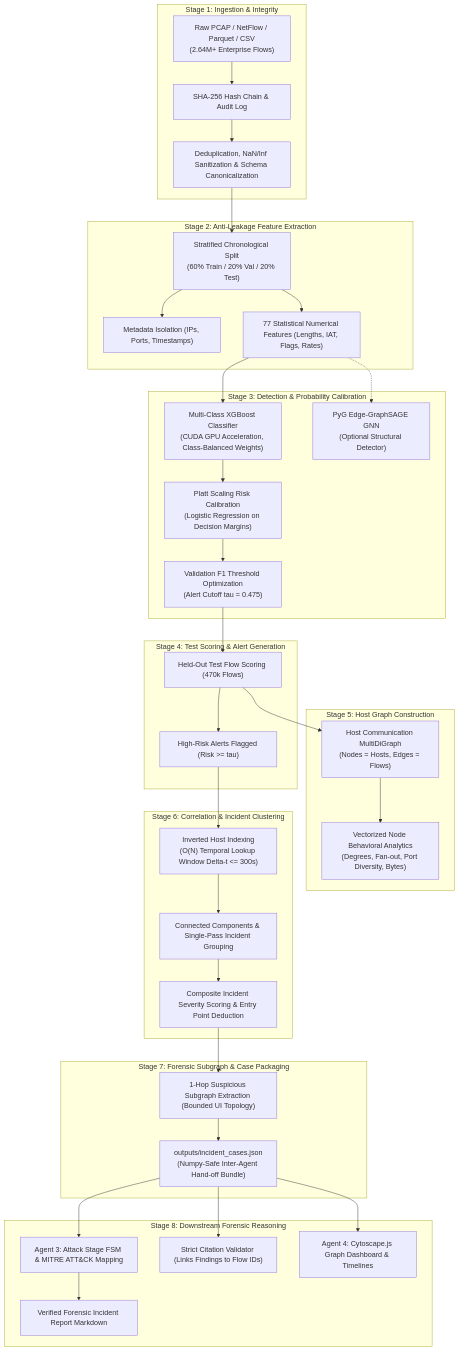
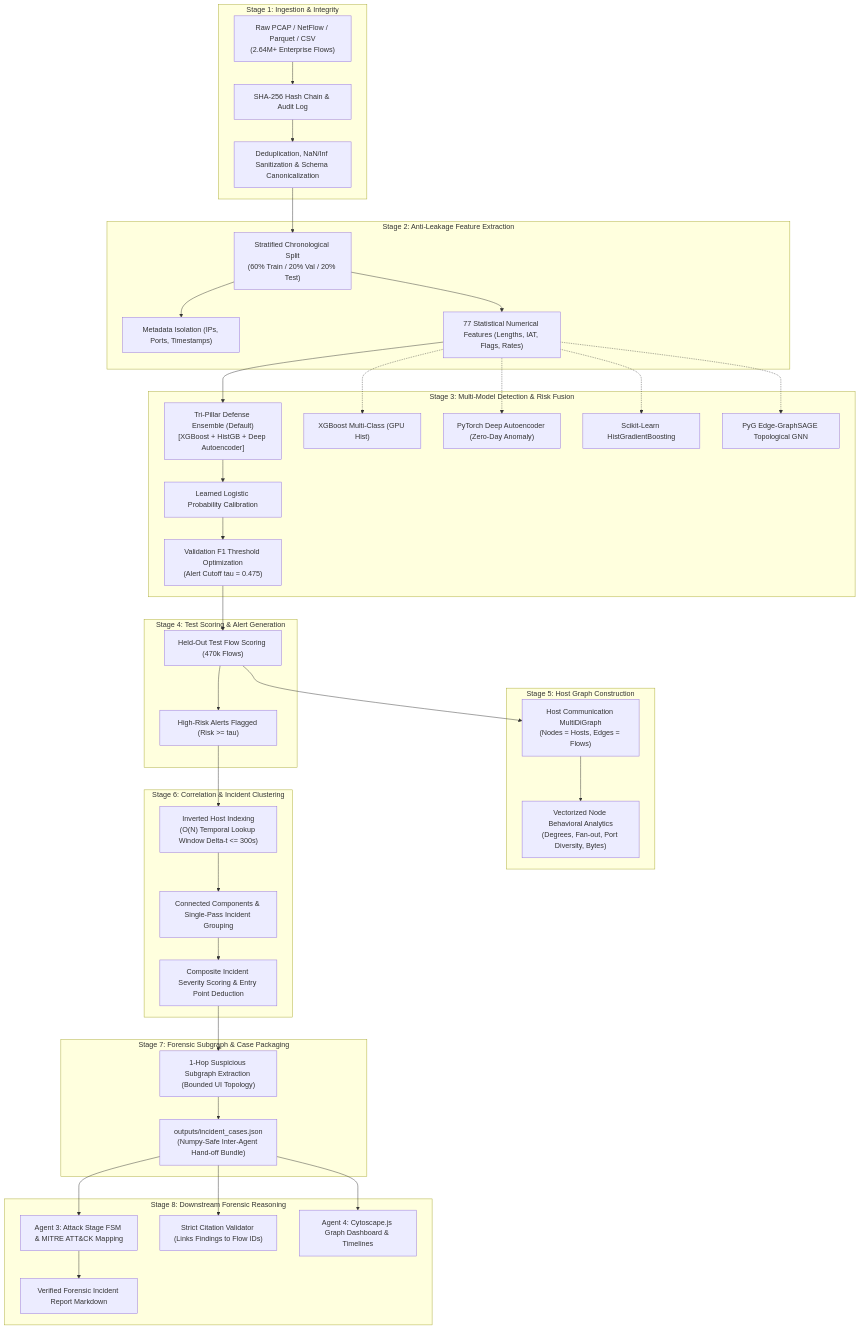
Before and after one commit to Sahityasahani1/Evigraph: the first of 2 diagrams in FLOW.md, drawn with Mermaid. The commit also changed other lines of this file and 13 other files, not shown here.

````diff
--- a/FLOW.md
+++ b/FLOW.md
@@ -12,48 +12,51 @@
 ```mermaid
 flowchart TD
     subgraph S1 ["Stage 1: Ingestion & Integrity"]
         RAW["Raw PCAP / NetFlow / Parquet / CSV<br/>(2.64M+ Enterprise Flows)"] --> HASH["SHA-256 Hash Chain & Audit Log"]
         HASH --> CLEAN["Deduplication, NaN/Inf Sanitization & Schema Canonicalization"]
     end
 
     subgraph S2 ["Stage 2: Anti-Leakage Feature Extraction"]
         CLEAN --> SPLIT["Stratified Chronological Split<br/>(60% Train / 20% Val / 20% Test)"]
         SPLIT --> META["Metadata Isolation (IPs, Ports, Timestamps)"]
         SPLIT --> FEATS["77 Statistical Numerical Features (Lengths, IAT, Flags, Rates)"]
     end
 
-    subgraph S3 ["Stage 3: Detection & Probability Calibration"]
-        FEATS --> XGB["Multi-Class XGBoost Classifier<br/>(CUDA GPU Acceleration, Class-Balanced Weights)"]
-        FEATS -.-> GNN["PyG Edge-GraphSAGE GNN<br/>(Optional Structural Detector)"]
-        XGB --> PLATT["Platt Scaling Risk Calibration<br/>(Logistic Regression on Decision Margins)"]
-        PLATT --> THRESH["Validation F1 Threshold Optimization<br/>(Alert Cutoff tau = 0.475)"]
+    subgraph S3 ["Stage 3: Multi-Model Detection & Risk Fusion"]
+        FEATS --> MOD_ENS["Tri-Pillar Defense Ensemble (Default)<br/>[XGBoost + HistGB + Deep Autoencoder]"]
+        FEATS -.-> MOD_XGB["XGBoost Multi-Class (GPU Hist)"]
+        FEATS -.-> MOD_AE["PyTorch Deep Autoencoder (Zero-Day Anomaly)"]
+        FEATS -.-> MOD_HGB["Scikit-Learn HistGradientBoosting"]
+        FEATS -.-> MOD_GNN["PyG Edge-GraphSAGE Topological GNN"]
+        MOD_ENS --> CALIB["Learned Logistic Probability Calibration"]
+        CALIB --> THRESH["Validation F1 Threshold Optimization<br/>(Alert Cutoff tau = 0.475)"]
     end
 
     subgraph S4 ["Stage 4: Test Scoring & Alert Generation"]
         THRESH --> SCORE["Held-Out Test Flow Scoring (470k Flows)"]
         SCORE --> ALERTS["High-Risk Alerts Flagged (Risk >= tau)"]
     end
 
     subgraph S5 ["Stage 5: Host Graph Construction"]
         SCORE --> H_GRAPH["Host Communication MultiDiGraph<br/>(Nodes = Hosts, Edges = Flows)"]
         H_GRAPH --> NODE_STATS["Vectorized Node Behavioral Analytics<br/>(Degrees, Fan-out, Port Diversity, Bytes)"]
     end
 
     subgraph S6 ["Stage 6: Correlation & Incident Clustering"]
         ALERTS --> INV_IDX["Inverted Host Indexing<br/>(O(N) Temporal Lookup Window Delta-t <= 300s)"]
         INV_IDX --> COMP["Connected Components & Single-Pass Incident Grouping"]
         COMP --> SEV["Composite Incident Severity Scoring & Entry Point Deduction"]
     end
 
     subgraph S7 ["Stage 7: Forensic Subgraph & Case Packaging"]
         SEV --> SUB["1-Hop Suspicious Subgraph Extraction (Bounded UI Topology)"]
         SUB --> JSON["outputs/incident_cases.json<br/>(Numpy-Safe Inter-Agent Hand-off Bundle)"]
     end
 
     subgraph S8 ["Stage 8: Downstream Forensic Reasoning"]
         JSON --> FSM["Agent 3: Attack Stage FSM & MITRE ATT&CK Mapping"]
         JSON --> CIT["Strict Citation Validator (Links Findings to Flow IDs)"]
         FSM --> REP["Verified Forensic Incident Report Markdown"]
         JSON --> UI["Agent 4: Cytoscape.js Graph Dashboard & Timelines"]
     end
 ```
````
